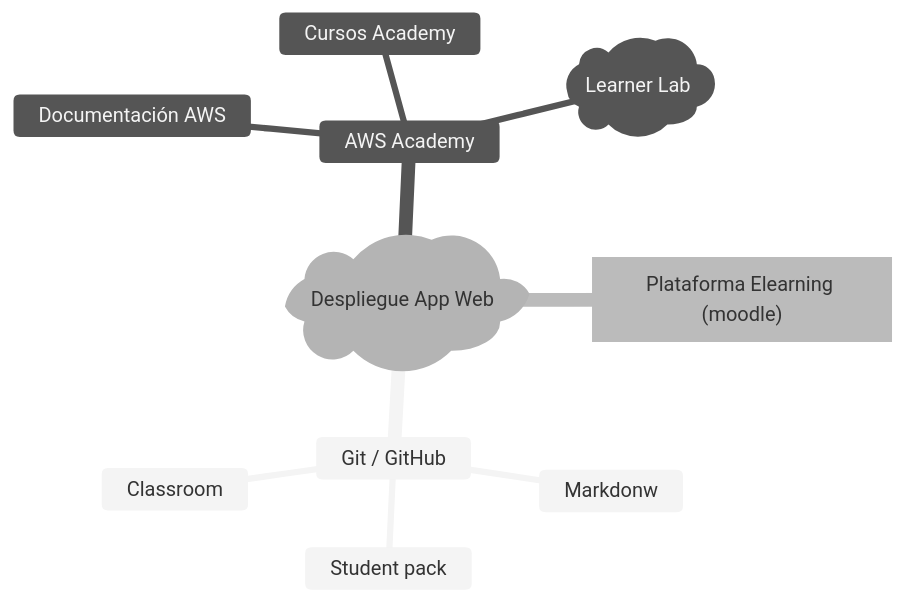
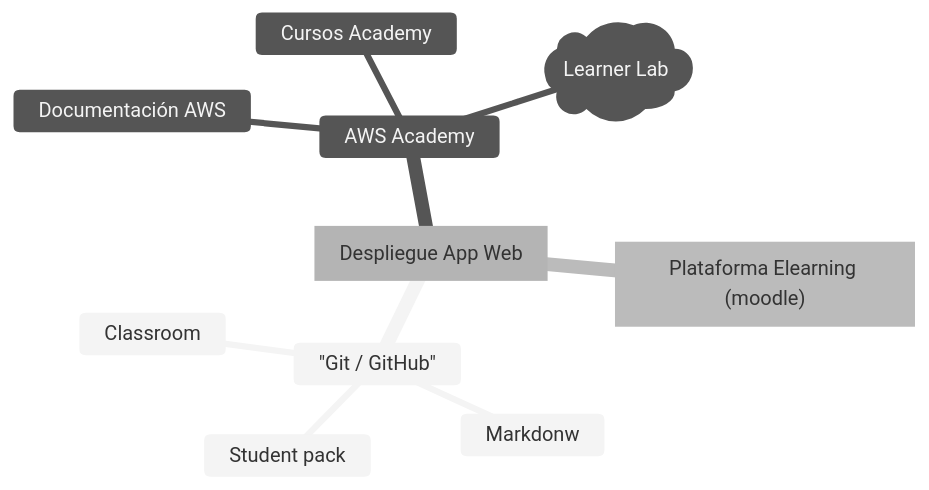
The first of 2 diagrams in content/home/mapas.md (lmorillas/como-uso-learner-labs), drawn with Mermaid (neutral theme) before and after one commit. The commit also changed other lines of this file and 5 other files, not shown here.

````diff
--- a/content/home/mapas.md
+++ b/content/home/mapas.md
@@ -14,23 +14,23 @@
 ```mermaid
 mindmap
-  root)Despliegue App Web(
-    Git / GitHub 
+  root[Despliegue App Web]
+    "Git / GitHub"
     ::icon(fab fa-git)
       Markdonw
       ::icon(fa-brands fa-markdown)
       Student pack
       ::icon(fa fa-book)
       Classroom
       ::icon(fab fa-github)
         
     AWS Academy
     ::icon(fab fa-aws)
       Documentación AWS
       Cursos Academy
       Learner Lab)Learner Lab(
       ::icon(fa fa-circle-right)
       
     id3["Plataforma Elearning (moodle)"]
     ::icon(fa fa-graduation-cap)
 
 ```
````
